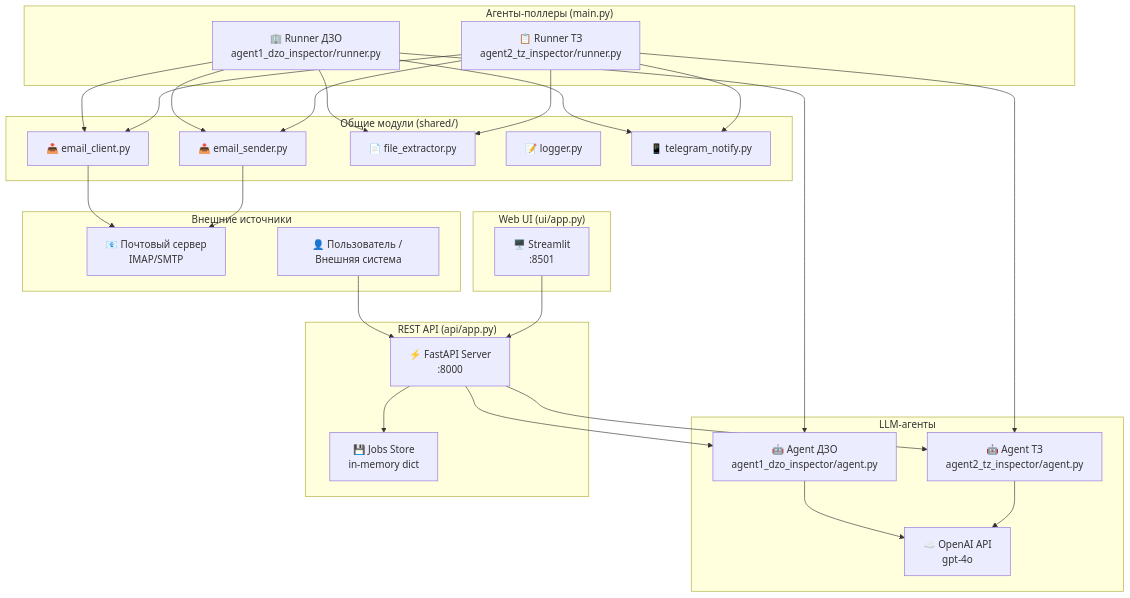
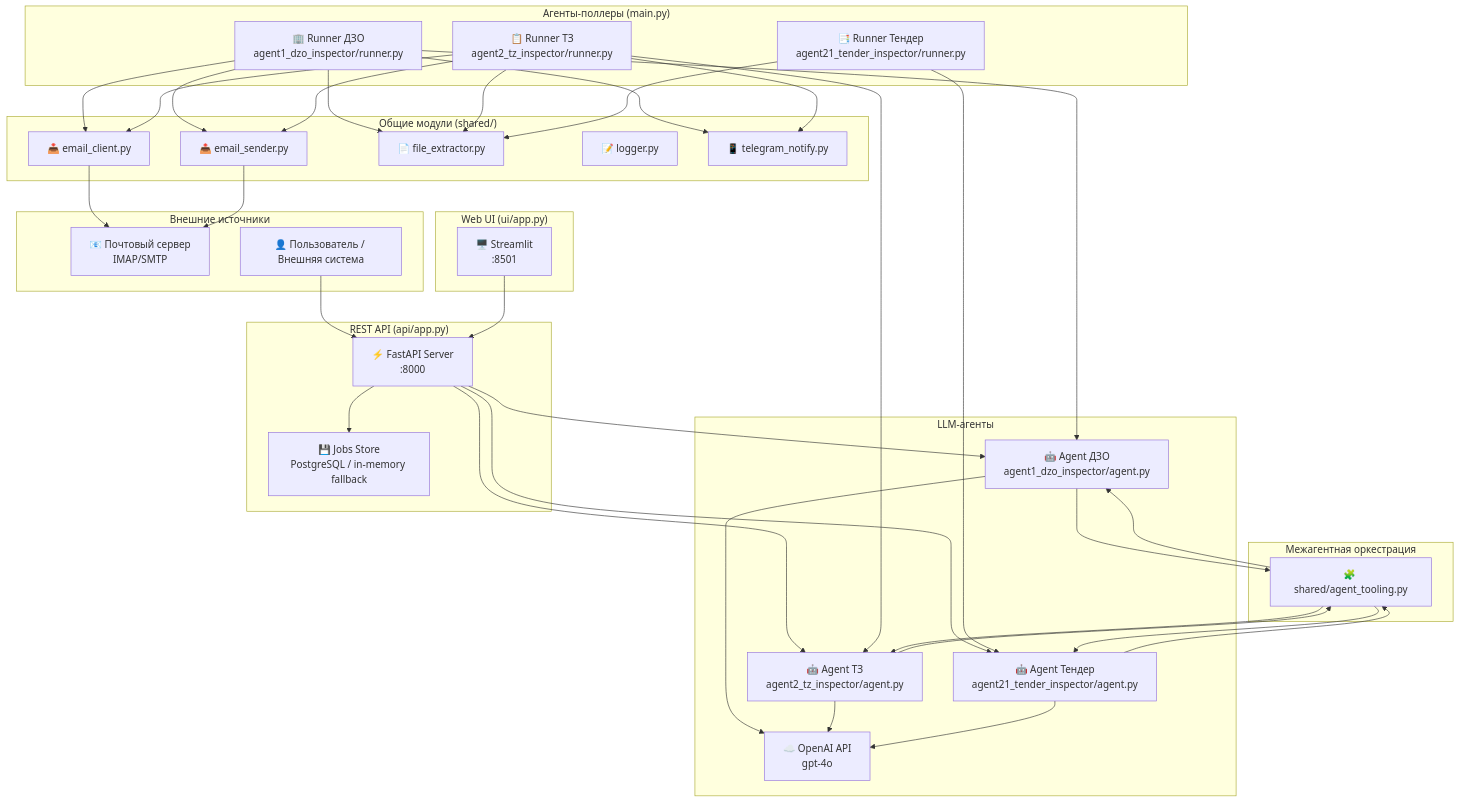
One commit to OlegKarenkikh/dzo-tz-agents changed the diagram in docs/architecture.md. Above: the diagram before and after it, drawn with Mermaid. The commit also changed other lines of this file and 12 other files, not shown here.

````diff
--- a/docs/architecture.md
+++ b/docs/architecture.md
@@ -9,61 +9,79 @@
 ```mermaid
 graph TD
     subgraph "Внешние источники"
         EMAIL[📧 Почтовый сервер<br/>IMAP/SMTP]
         CLIENT[👤 Пользователь / Внешняя система]
     end
 
     subgraph "Агенты-поллеры (main.py)"
         DZO_RUNNER[🏢 Runner ДЗО<br/>agent1_dzo_inspector/runner.py]
         TZ_RUNNER[📋 Runner ТЗ<br/>agent2_tz_inspector/runner.py]
+        TENDER_RUNNER[📑 Runner Тендер<br/>agent21_tender_inspector/runner.py]
     end
 
     subgraph "LLM-агенты"
         DZO_AGENT[🤖 Agent ДЗО<br/>agent1_dzo_inspector/agent.py]
         TZ_AGENT[🤖 Agent ТЗ<br/>agent2_tz_inspector/agent.py]
+        TENDER_AGENT[🤖 Agent Тендер<br/>agent21_tender_inspector/agent.py]
         OPENAI[☁️ OpenAI API<br/>gpt-4o]
+    end
+
+    subgraph "Межагентная оркестрация"
+        AGENT_TOOLING[🧩 shared/agent_tooling.py]
     end
 
     subgraph "REST API (api/app.py)"
         FASTAPI[⚡ FastAPI Server<br/>:8000]
-        JOBS[💾 Jobs Store<br/>in-memory dict]
+        JOBS[💾 Jobs Store<br/>PostgreSQL / in-memory fallback]
     end
 
     subgraph "Web UI (ui/app.py)"
         STREAMLIT[🖥️ Streamlit<br/>:8501]
     end
 
     subgraph "Общие модули (shared/)"
         EMAIL_CLIENT[📥 email_client.py]
         EMAIL_SENDER[📤 email_sender.py]
         FILE_EXTRACTOR[📄 file_extractor.py]
         LOGGER[📝 logger.py]
         TELEGRAM[📱 telegram_notify.py]
     end
 
     CLIENT --> FASTAPI
     FASTAPI --> JOBS
     FASTAPI --> DZO_AGENT
     FASTAPI --> TZ_AGENT
+    FASTAPI --> TENDER_AGENT
 
     DZO_RUNNER --> EMAIL_CLIENT
     DZO_RUNNER --> FILE_EXTRACTOR
     DZO_RUNNER --> EMAIL_SENDER
     DZO_RUNNER --> DZO_AGENT
 
     TZ_RUNNER --> EMAIL_CLIENT
     TZ_RUNNER --> FILE_EXTRACTOR
     TZ_RUNNER --> EMAIL_SENDER
     TZ_RUNNER --> TZ_AGENT
 
+    TENDER_RUNNER --> FILE_EXTRACTOR
+    TENDER_RUNNER --> TENDER_AGENT
+
     DZO_AGENT --> OPENAI
     TZ_AGENT --> OPENAI
+    TENDER_AGENT --> OPENAI
+
+    DZO_AGENT --> AGENT_TOOLING
+    TZ_AGENT --> AGENT_TOOLING
+    TENDER_AGENT --> AGENT_TOOLING
+    AGENT_TOOLING --> DZO_AGENT
+    AGENT_TOOLING --> TZ_AGENT
+    AGENT_TOOLING --> TENDER_AGENT
 
     EMAIL_CLIENT --> EMAIL
     EMAIL_SENDER --> EMAIL
 
     DZO_RUNNER --> TELEGRAM
     TZ_RUNNER --> TELEGRAM
 
     STREAMLIT --> FASTAPI
 ```
````
